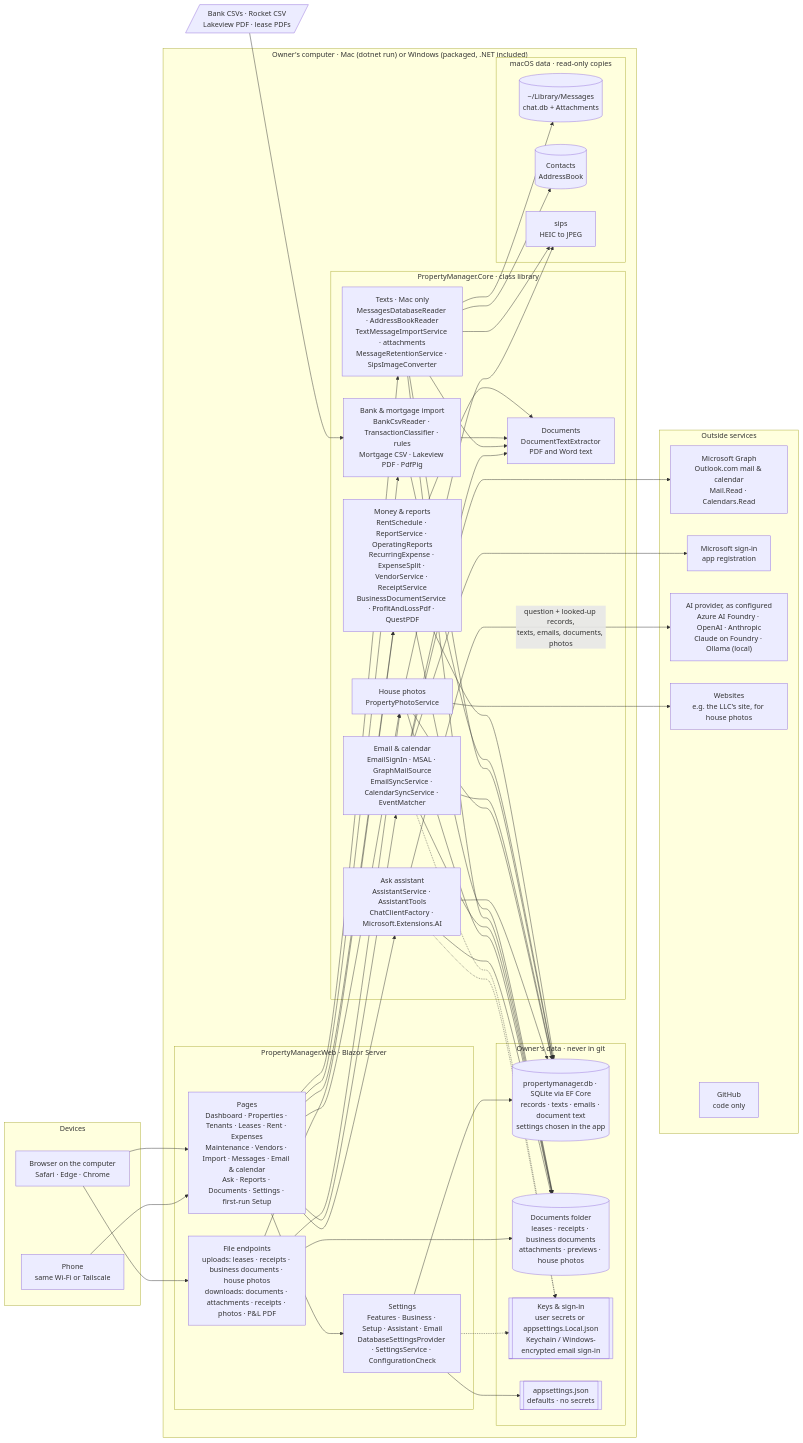
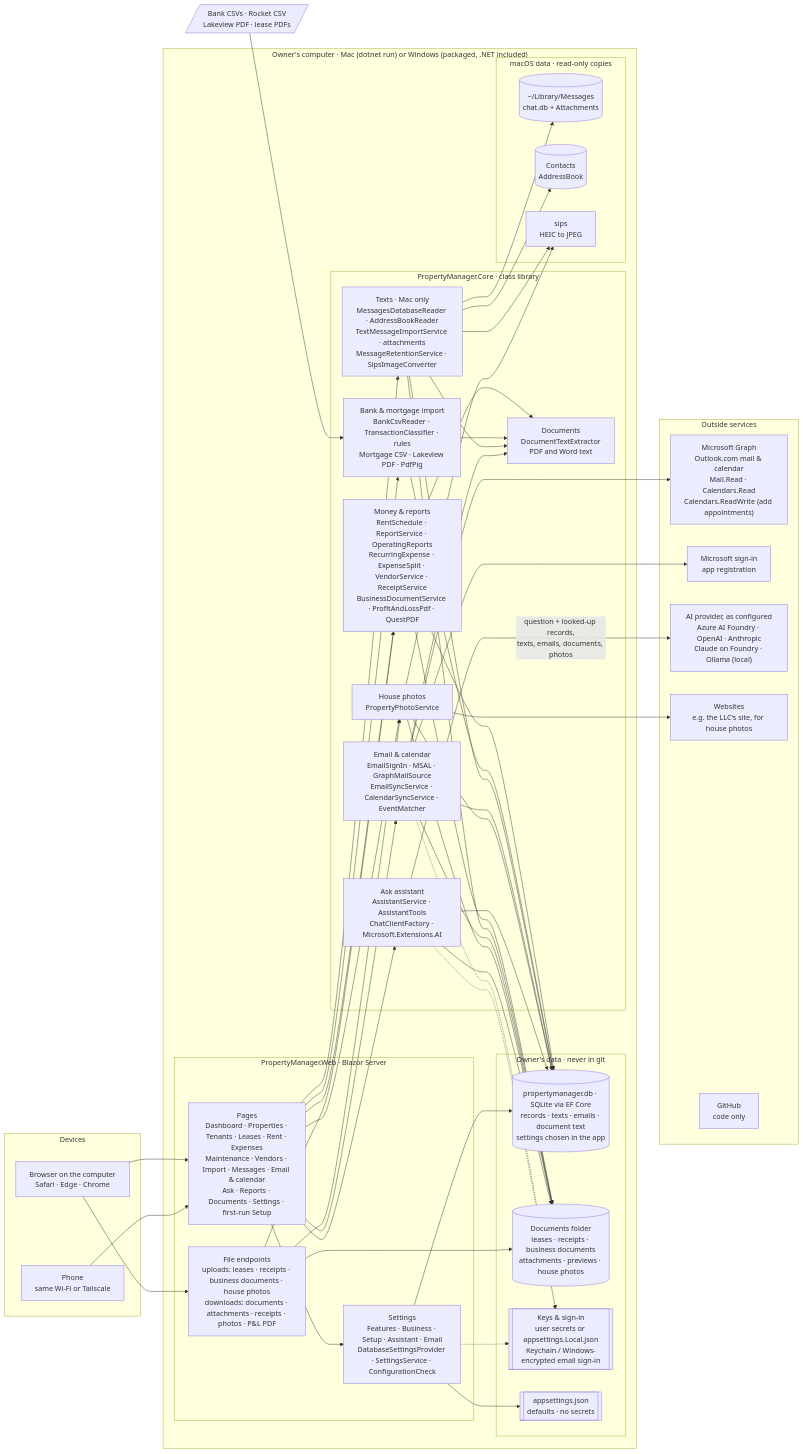
One commit to shellypayahoo/PropertyManagerTax changed the diagram in docs/architecture.md. Above: the diagram before and after it, drawn with Mermaid. The commit also changed 21 other files, not shown here.

First line of the commit message:
Add appointments to the Outlook calendar

```diff
--- a/docs/architecture.md
+++ b/docs/architecture.md
@@ -41,7 +41,7 @@
     end
 
     subgraph Cloud["Outside services"]
-        Graph["Microsoft Graph<br/>Outlook.com mail & calendar<br/>Mail.Read · Calendars.Read"]
+        Graph["Microsoft Graph<br/>Outlook.com mail & calendar<br/>Mail.Read · Calendars.Read<br/>Calendars.ReadWrite (add appointments)"]
         Entra["Microsoft sign-in<br/>app registration"]
         AI["AI provider, as configured<br/>Azure AI Foundry · OpenAI · Anthropic<br/>Claude on Foundry · Ollama (local)"]
         Web2["Websites<br/>e.g. the LLC's site, for house photos"]
```
